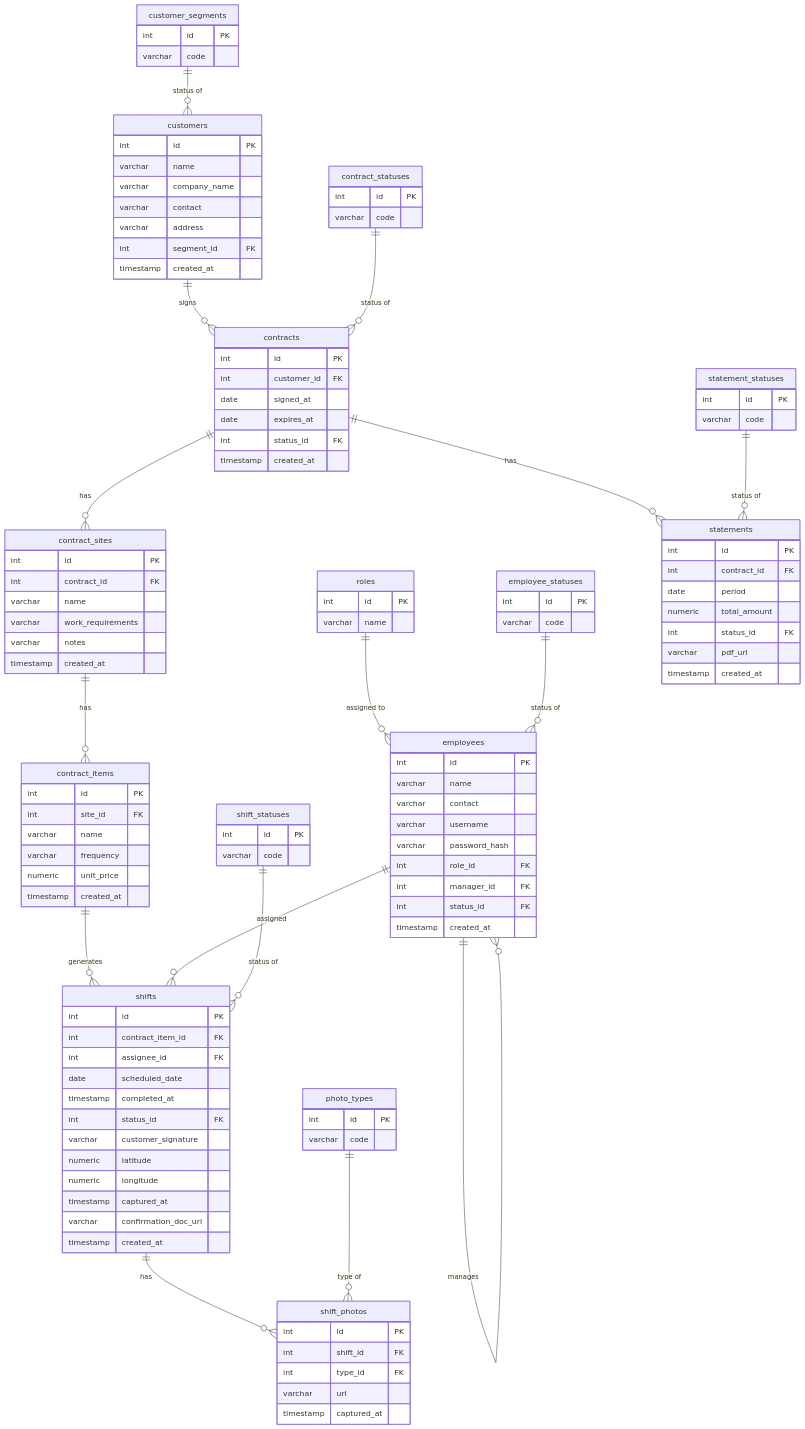
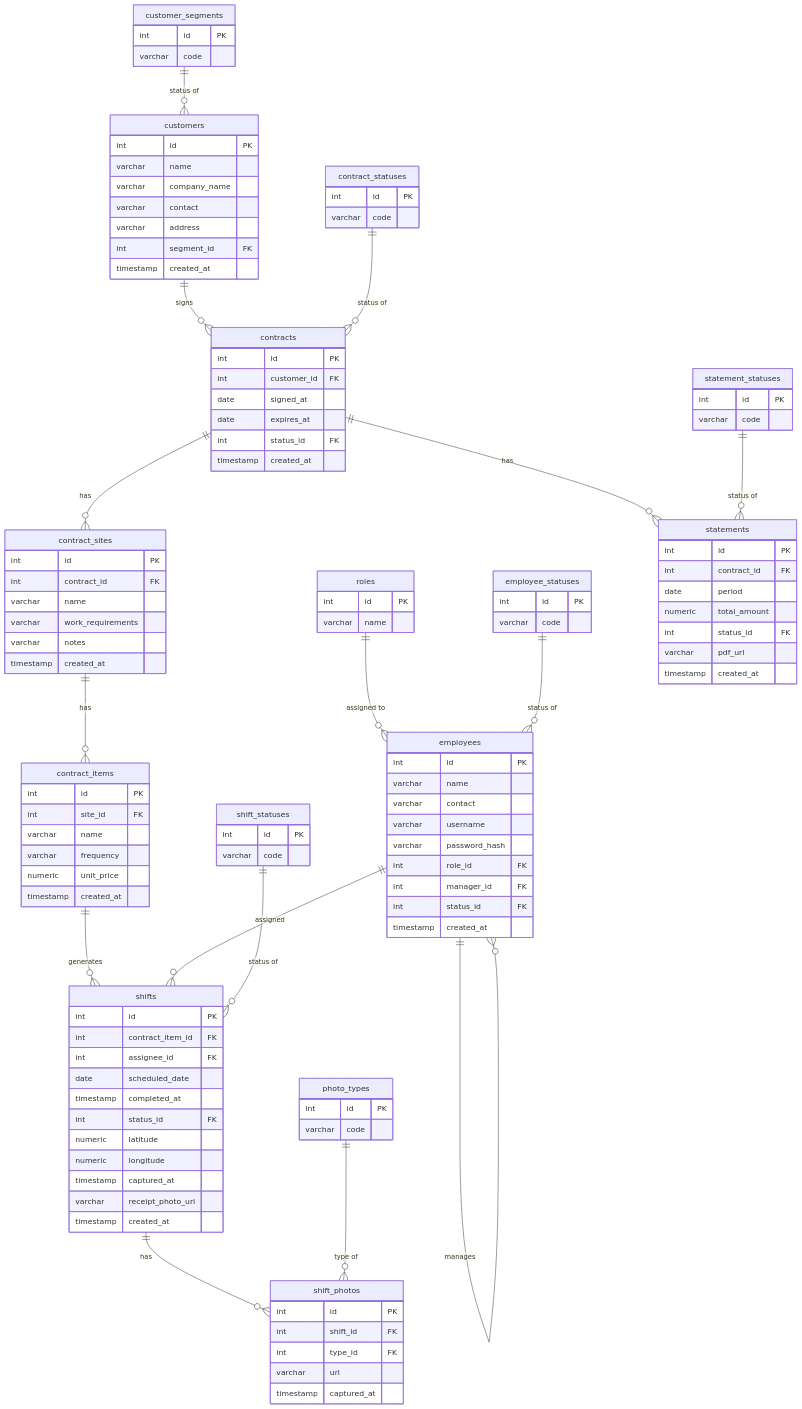
The diagram in db/erd.md (dDxCg/contrack), drawn with Mermaid before and after one commit. The commit also changed 4 other files, not shown here.

```diff
--- a/db/erd.md
+++ b/db/erd.md
@@ -109,11 +109,10 @@
         date scheduled_date
         timestamp completed_at
         int status_id FK
-        varchar customer_signature
         numeric latitude
         numeric longitude
         timestamp captured_at
-        varchar confirmation_doc_url
+        varchar receipt_photo_url
         timestamp created_at
     }
 
```
